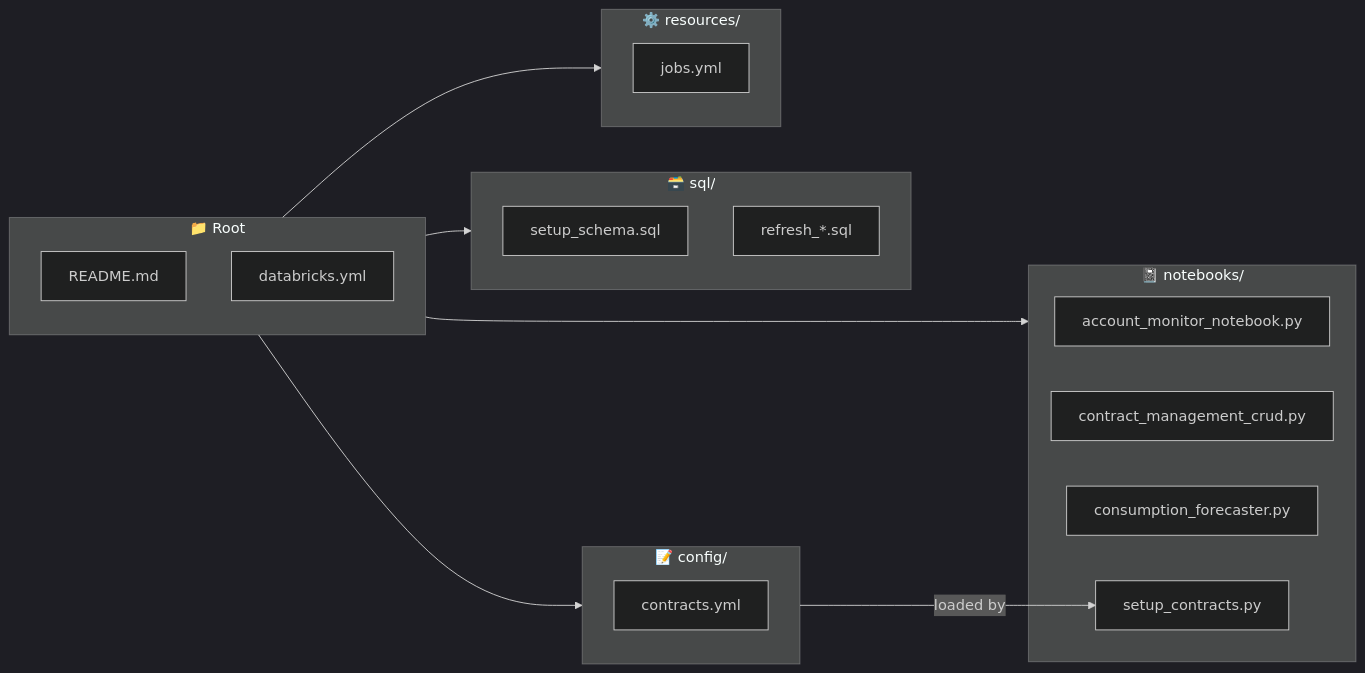
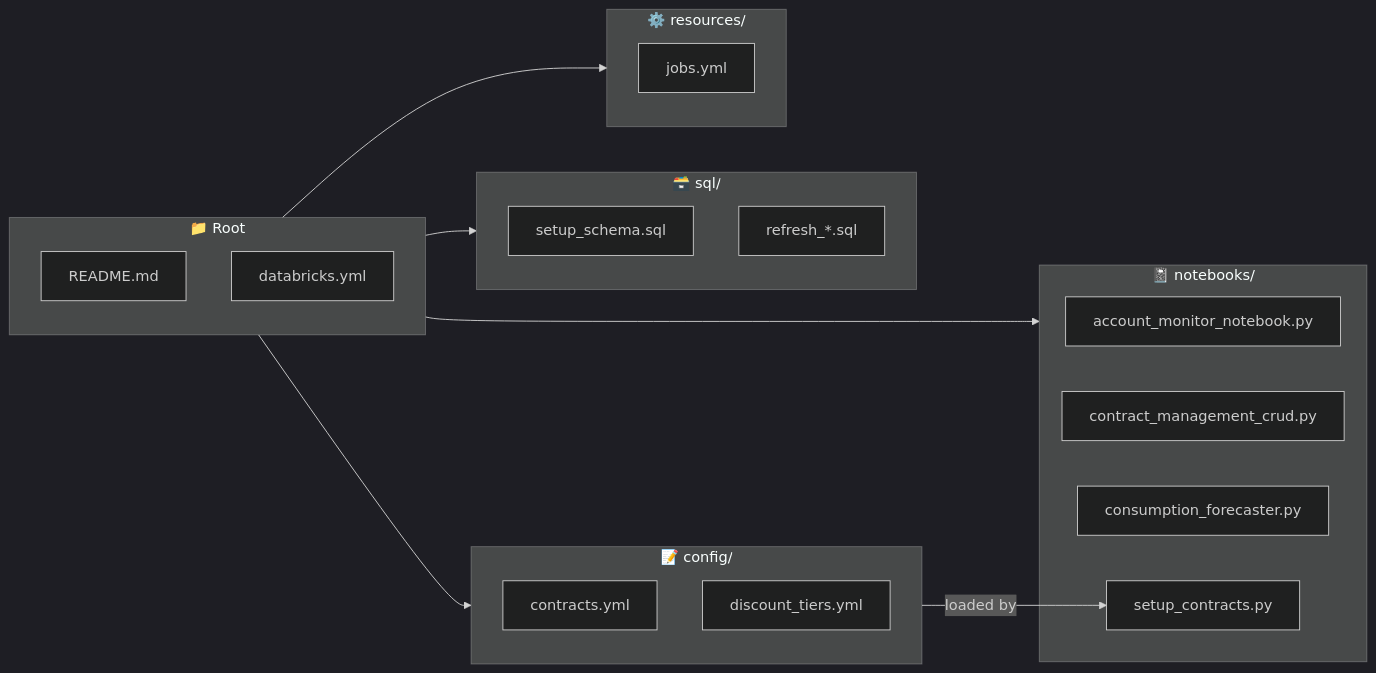
Before and after one commit to LaurentPRAT-DB/ACME_Workspace_Usage_Dashboard: the eighth of 8 diagrams in README.md, drawn with Mermaid (dark theme). The commit also changed other lines of this file and 4 other files, not shown here.

````diff
--- a/README.md
+++ b/README.md
@@ -734,33 +767,34 @@
 ```mermaid
 flowchart LR
     subgraph root["📁 Root"]
         readme["README.md"]
         dbconfig["databricks.yml"]
     end
 
     subgraph configdir["📝 config/"]
         contracts["contracts.yml"]
+        tiers["discount_tiers.yml"]
     end
 
     subgraph notebooks["📓 notebooks/"]
         monitor["account_monitor_notebook.py"]
         crud["contract_management_crud.py"]
         forecast["consumption_forecaster.py"]
         setupnb["setup_contracts.py"]
     end
 
     subgraph sql["🗃️ sql/"]
         setup["setup_schema.sql"]
         refresh["refresh_*.sql"]
     end
 
     subgraph resources["⚙️ resources/"]
         jobs["jobs.yml"]
     end
 
     root --> configdir
     root --> notebooks
     root --> sql
     root --> resources
     configdir -->|"loaded by"| setupnb
 ```
````
